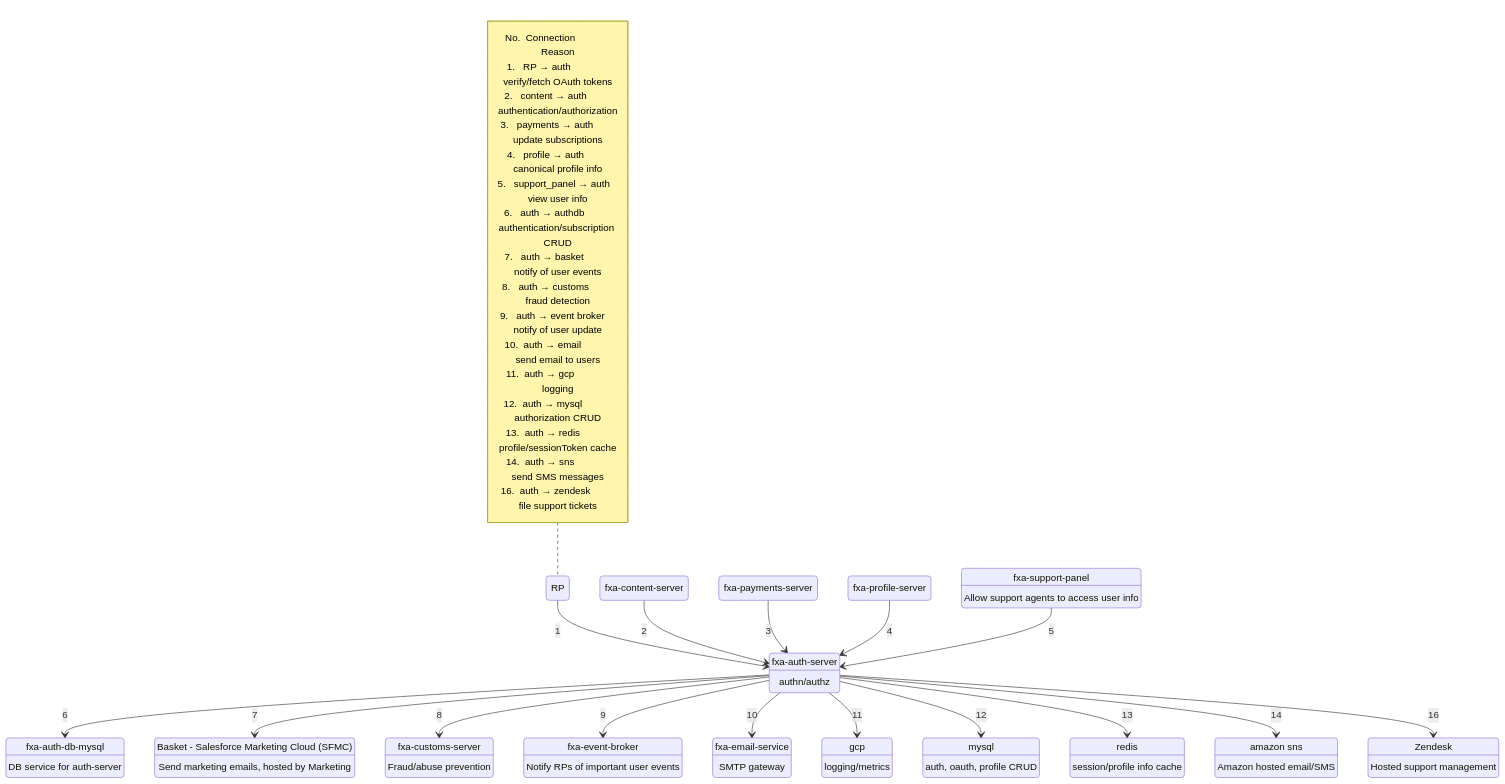
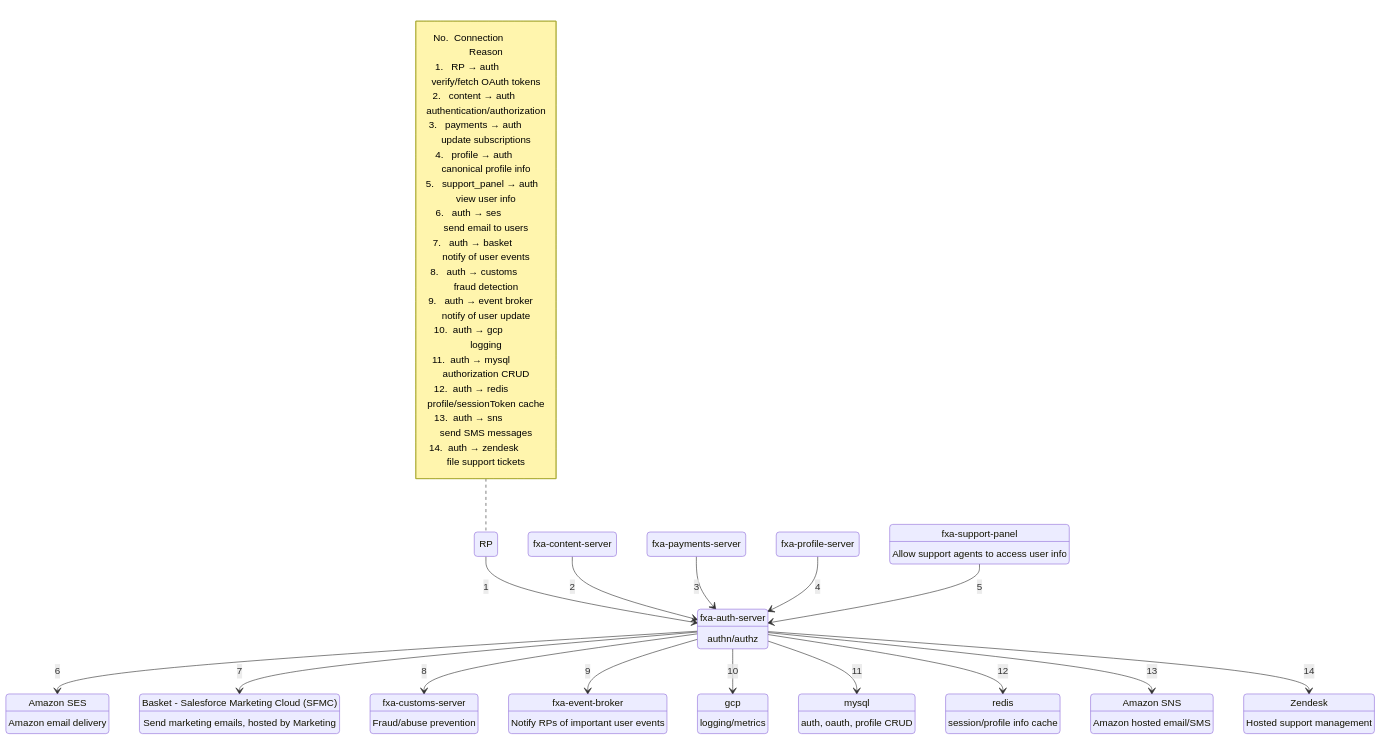
Before and after one commit to mozilla/ecosystem-platform: the second of 7 diagrams in docs/reference/system-diagrams.md, drawn with Mermaid. The commit also changed other lines of this file, not shown here.

Commit message:
remove auth-db-mysql and email-service from system diagram

````diff
--- a/docs/reference/system-diagrams.md
+++ b/docs/reference/system-diagrams.md
@@ -79,56 +75,53 @@
 ```mermaid
 stateDiagram
   state "RP" as RP
-  state "amazon sns" as sns: Amazon hosted email/SMS
+  state "Amazon SES" as ses: Amazon email delivery
+  state "Amazon SNS" as sns: Amazon hosted email/SMS
   state "Basket - Salesforce Marketing Cloud (SFMC)" as basket: Send marketing emails, hosted by Marketing
-  state "fxa-auth-db-mysql" as authdb: DB service for auth-server
   state "fxa-auth-server" as auth: authn/authz
   state "fxa-content-server" as content
   state "fxa-customs-server" as customs: Fraud/abuse prevention
-  state "fxa-email-service" as email: SMTP gateway
   state "fxa-event-broker" as eb: Notify RPs of important user events
   state "fxa-payments-server" as payments
   state "fxa-profile-server" as profile
   state "fxa-support-panel" as support_panel: Allow support agents to access user info
   state "gcp" as gcp: logging/metrics
   state "mysql" as mysql: auth, oauth, profile CRUD
   state "redis" as redis: session/profile info cache
   state "Zendesk" as zendesk: Hosted support management
 
   RP-->auth : 1
   content-->auth : 2
   payments-->auth : 3
   profile-->auth : 4
   support_panel-->auth : 5
-  auth-->authdb : 6
+  auth-->ses : 6
   auth-->basket : 7
   auth-->customs : 8
   auth-->eb : 9
-  auth-->email : 10
-  auth-->gcp : 11
-  auth-->mysql : 12
-  auth-->redis : 13
-  auth-->sns : 14
-  auth-->zendesk : 16
+  auth-->gcp : 10
+  auth-->mysql : 11
+  auth-->redis : 12
+  auth-->sns : 13
+  auth-->zendesk : 14
 
   note left of RP
 No.  Connection             Reason
 1.   RP &rarr; auth              verify/fetch OAuth tokens
 2.   content &rarr; auth         authentication/authorization
 3.   payments &rarr; auth        update subscriptions
 4.   profile &rarr; auth         canonical profile info
 5.   support_panel &rarr; auth   view user info
-6.   auth &rarr; authdb          authentication/subscription CRUD
+6.   auth &rarr; ses             send email to users
 7.   auth &rarr; basket          notify of user events
 8.   auth &rarr; customs         fraud detection
 9.   auth &rarr; event broker    notify of user update
-10.  auth &rarr; email           send email to users
-11.  auth &rarr; gcp             logging
-12.  auth &rarr; mysql           authorization CRUD
-13.  auth &rarr; redis           profile/sessionToken cache
-14.  auth &rarr; sns             send SMS messages
-16.  auth &rarr; zendesk         file support tickets
+10.  auth &rarr; gcp             logging
+11.  auth &rarr; mysql           authorization CRUD
+12.  auth &rarr; redis           profile/sessionToken cache
+13.  auth &rarr; sns             send SMS messages
+14.  auth &rarr; zendesk         file support tickets
 
   end note
 
 ```
````
